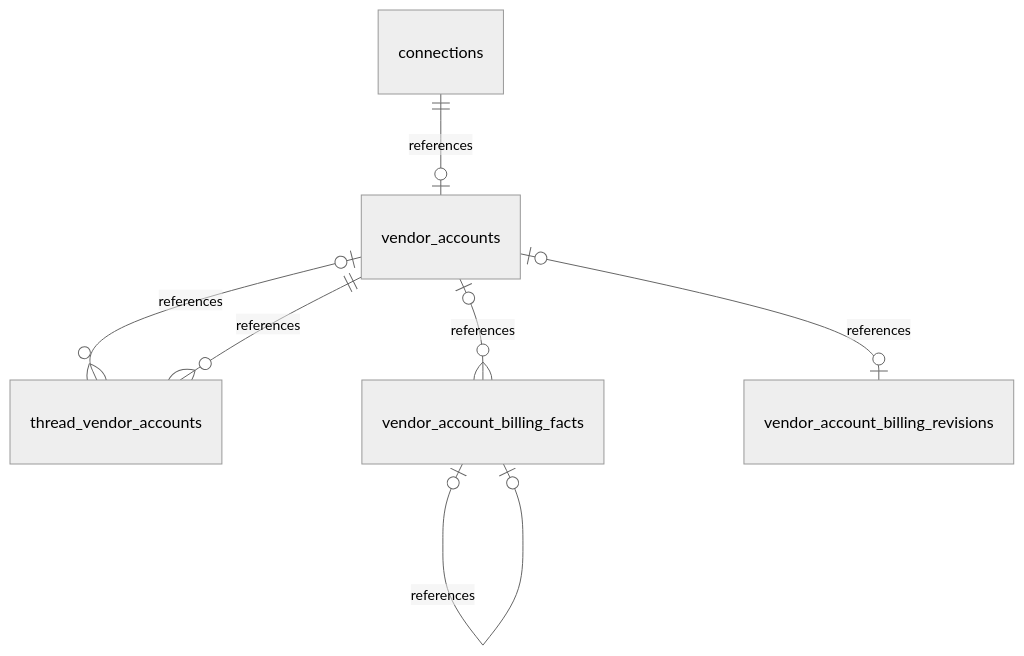
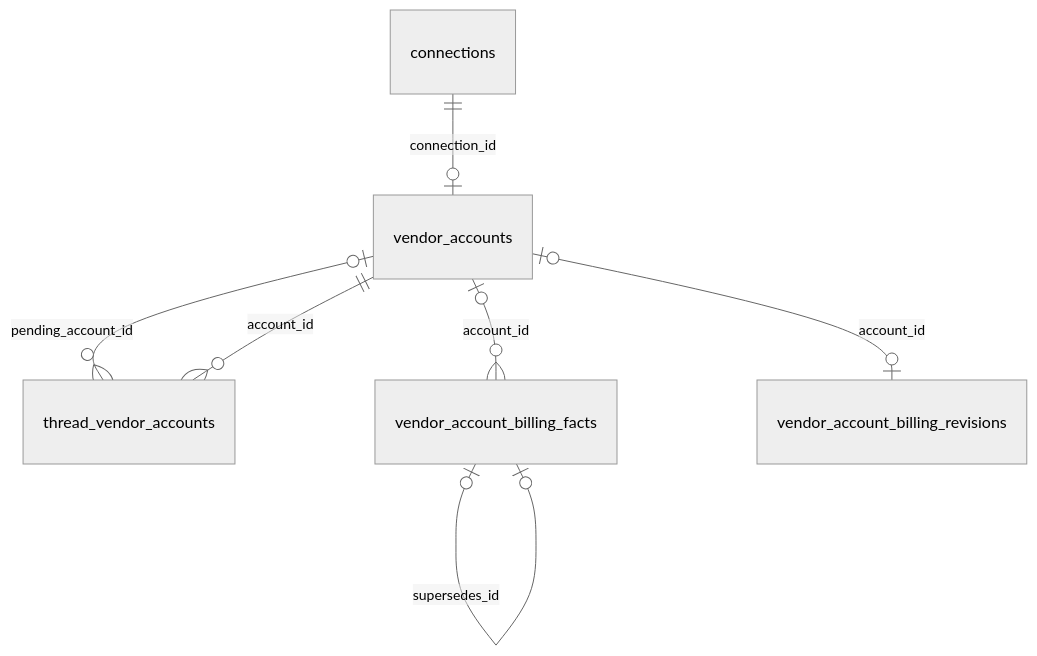
One commit to cebertowicz/corsia changed the fourth of 4 diagrams in docs/reference/data-model/accounts-and-connections.md. Above: the diagram before and after it, drawn with Mermaid (neutral theme). The commit also changed other lines of this file and 10 other files, not shown here.

````diff
--- a/docs/reference/data-model/accounts-and-connections.md
+++ b/docs/reference/data-model/accounts-and-connections.md
@@ -23,9 +23,9 @@
 ```mermaid
 erDiagram
-    vendor_accounts o|--o{ thread_vendor_accounts : references
-    vendor_accounts ||--o{ thread_vendor_accounts : references
-    vendor_account_billing_facts o|--o| vendor_account_billing_facts : references
-    vendor_accounts o|--o{ vendor_account_billing_facts : references
-    vendor_accounts o|--o| vendor_account_billing_revisions : references
-    connections ||--o| vendor_accounts : references
+    vendor_accounts o|--o{ thread_vendor_accounts : pending_account_id
+    vendor_accounts ||--o{ thread_vendor_accounts : account_id
+    vendor_account_billing_facts o|--o| vendor_account_billing_facts : supersedes_id
+    vendor_accounts o|--o{ vendor_account_billing_facts : account_id
+    vendor_accounts o|--o| vendor_account_billing_revisions : account_id
+    connections ||--o| vendor_accounts : connection_id
 ```
````
